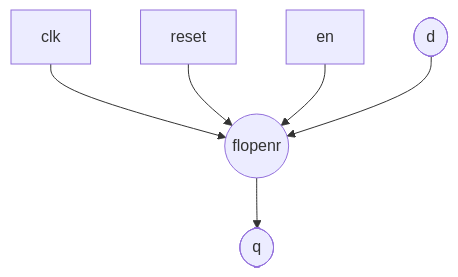
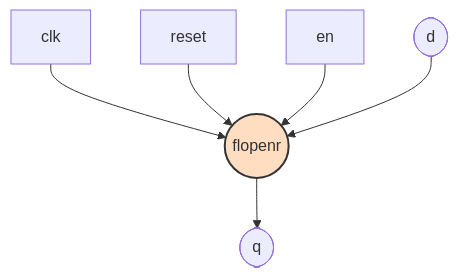
One commit to granitespinoza/arqui changed the diagram in docs/module_diagrams/flopenr.md. Above: the diagram before and after it, drawn with Mermaid. The commit also changed 18 other files, not shown here.

Commit message:
Improve module diagrams with colors

````diff
--- a/docs/module_diagrams/flopenr.md
+++ b/docs/module_diagrams/flopenr.md
@@ -3,8 +3,11 @@
 ```mermaid
 flowchart TD
+    classDef main fill:#FFDDC1,stroke:#333,stroke-width:2px
+    classDef sub fill:#BBE1FA,stroke:#333
     clk --> flopenr_module((flopenr))
     reset --> flopenr_module
     en --> flopenr_module
     d([d]) --> flopenr_module
     flopenr_module --> q([q])
+    class flopenr_module main
 ```
````
